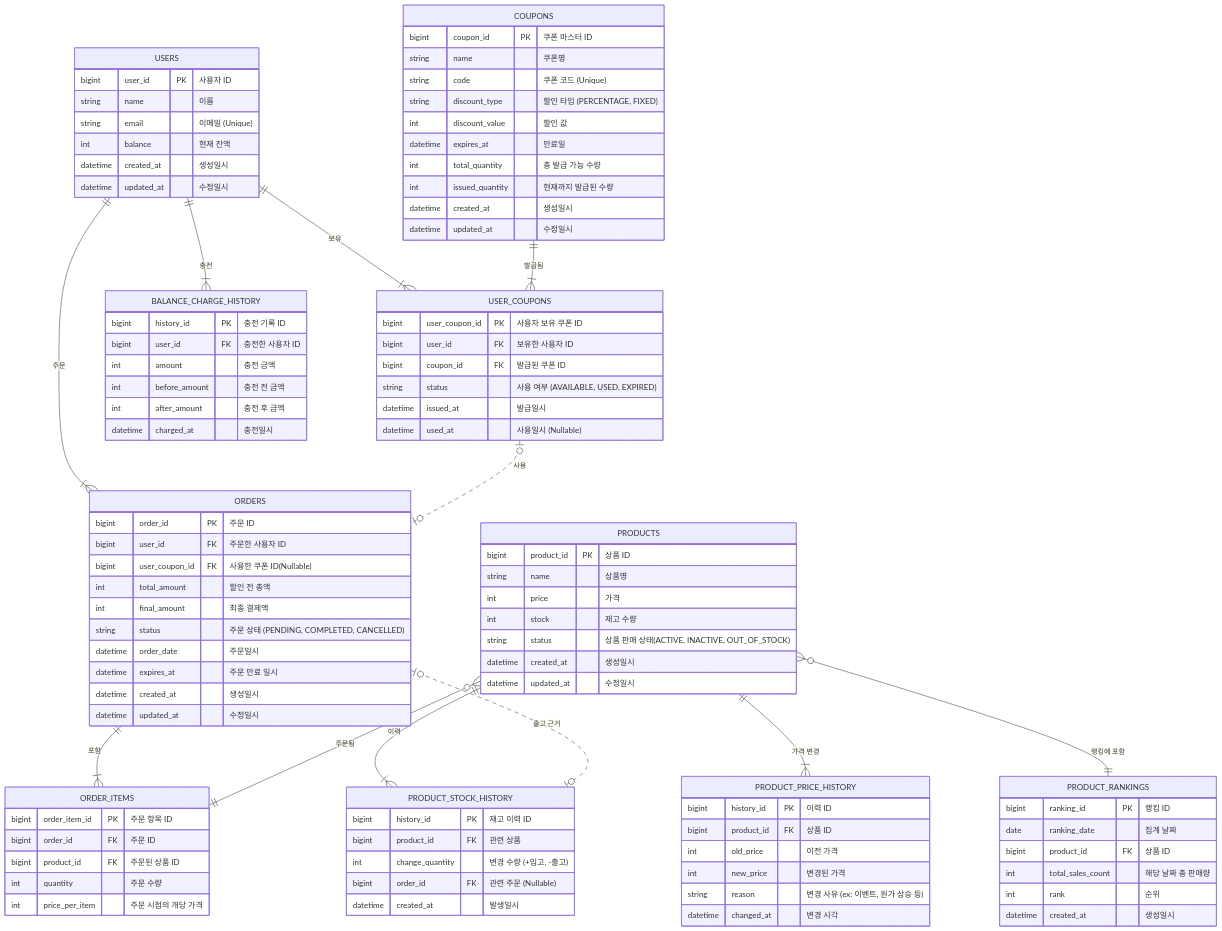
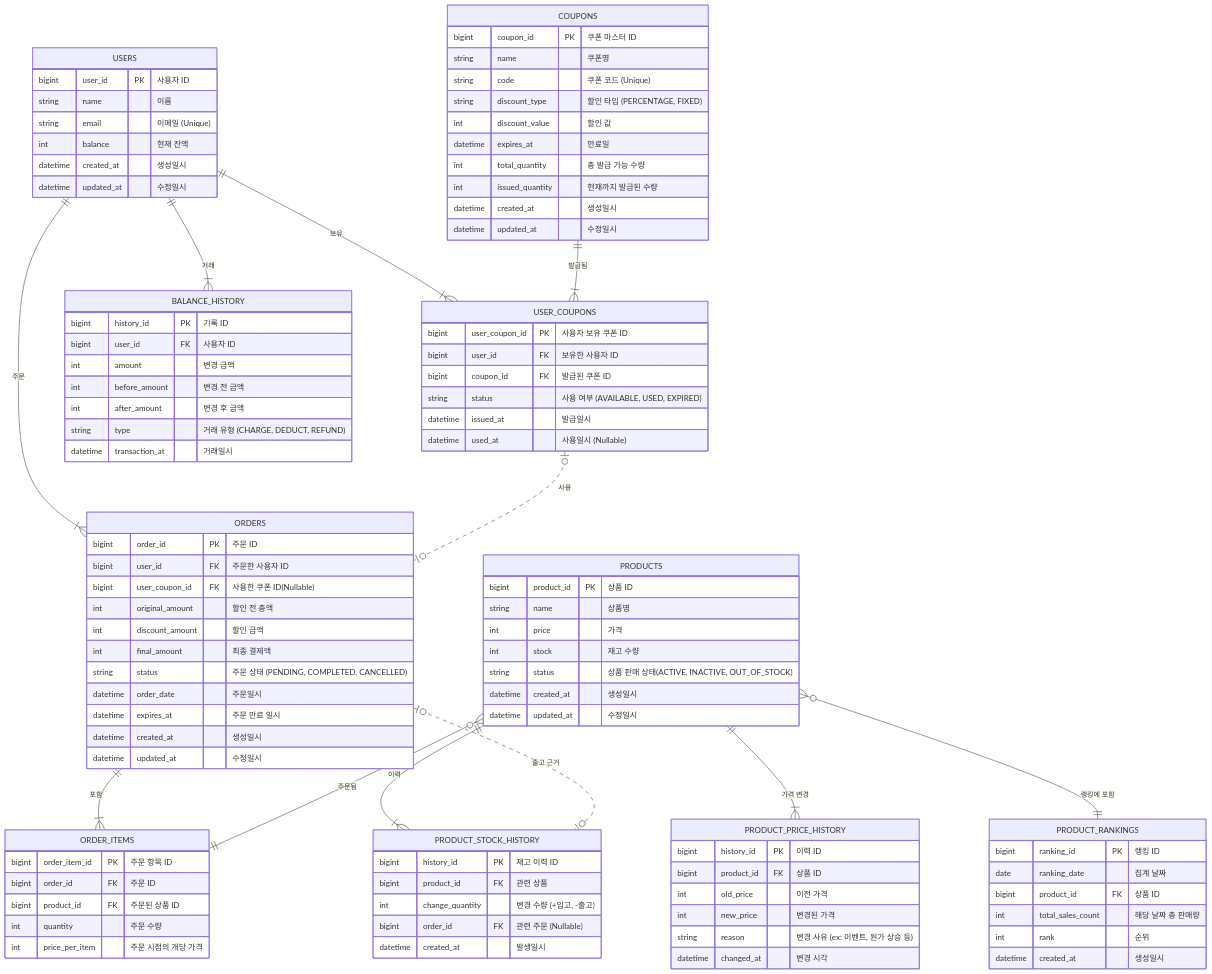
Before and after one commit to kbyunghoon/e-commerce: the diagram in docs/03_erd.md, drawn with Mermaid.

Commit message:
docs: 개선된 Entity에 맞게 ERD 문서 반영

```diff
--- a/docs/03_erd.md
+++ b/docs/03_erd.md
@@ -32,7 +32,8 @@
         bigint order_id PK "주문 ID"
         bigint user_id FK "주문한 사용자 ID"
         bigint user_coupon_id FK "사용한 쿠폰 ID(Nullable)"
-        int total_amount "할인 전 총액"
+        int original_amount "할인 전 총액"
+        int discount_amount "할인 금액"
         int final_amount "최종 결제액"
         string status "주문 상태 (PENDING, COMPLETED, CANCELLED)"
         datetime order_date "주문일시"
@@ -79,13 +80,14 @@
         datetime used_at "사용일시 (Nullable)"
     }
 
-    BALANCE_CHARGE_HISTORY {
-        bigint history_id PK "충전 기록 ID"
-        bigint user_id FK "충전한 사용자 ID"
-        int amount "충전 금액"
-        int before_amount "충전 전 금액"
-        int after_amount "충전 후 금액"
-        datetime charged_at "충전일시"
+    BALANCE_HISTORY {
+        bigint history_id PK "기록 ID"
+        bigint user_id FK "사용자 ID"
+        int amount "변경 금액"
+        int before_amount "변경 전 금액"
+        int after_amount "변경 후 금액"
+        string type "거래 유형 (CHARGE, DEDUCT, REFUND)"
+        datetime transaction_at "거래일시"
     }
     
     PRODUCT_RANKINGS {
@@ -99,7 +101,7 @@
 
     USERS ||--|{ ORDERS : "주문"
     USERS ||--|{ USER_COUPONS : "보유"
-    USERS ||--|{ BALANCE_CHARGE_HISTORY : "충전"
+    USERS ||--|{ BALANCE_HISTORY : "거래"
     
     ORDERS ||--|{ ORDER_ITEMS : "포함"
     PRODUCTS }o--|| ORDER_ITEMS : "주문됨"
```
